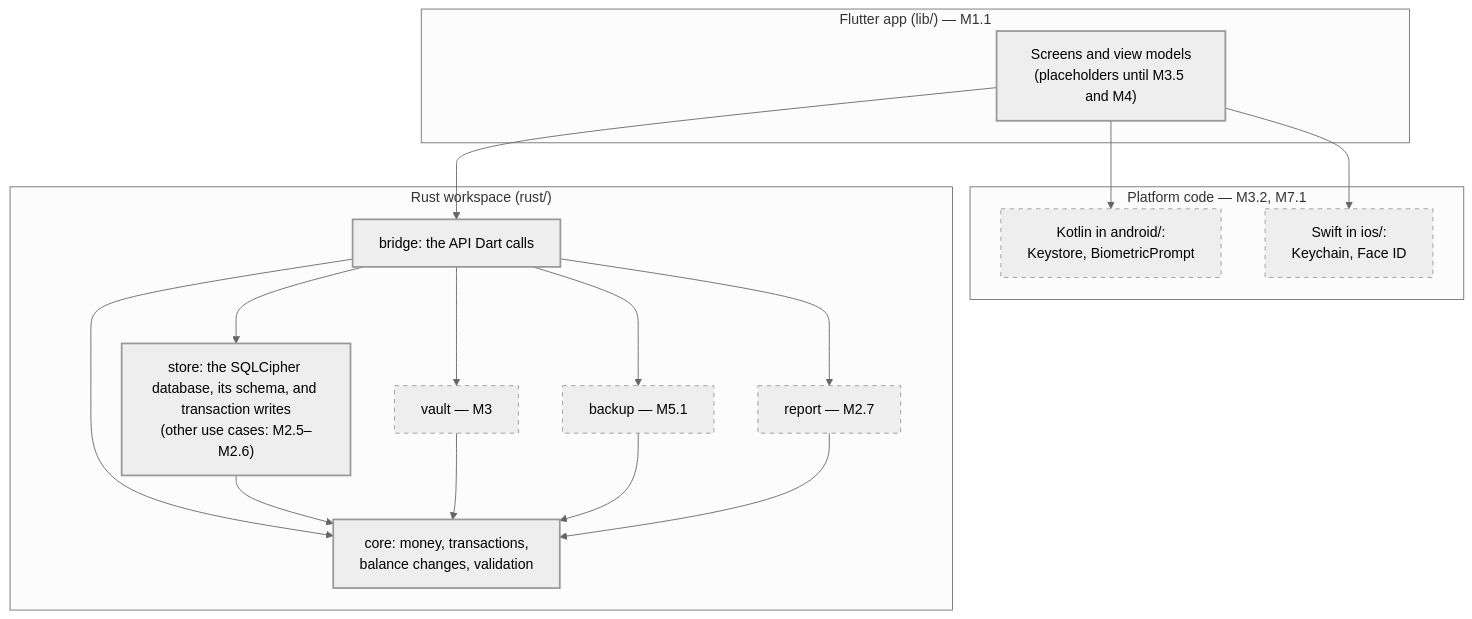
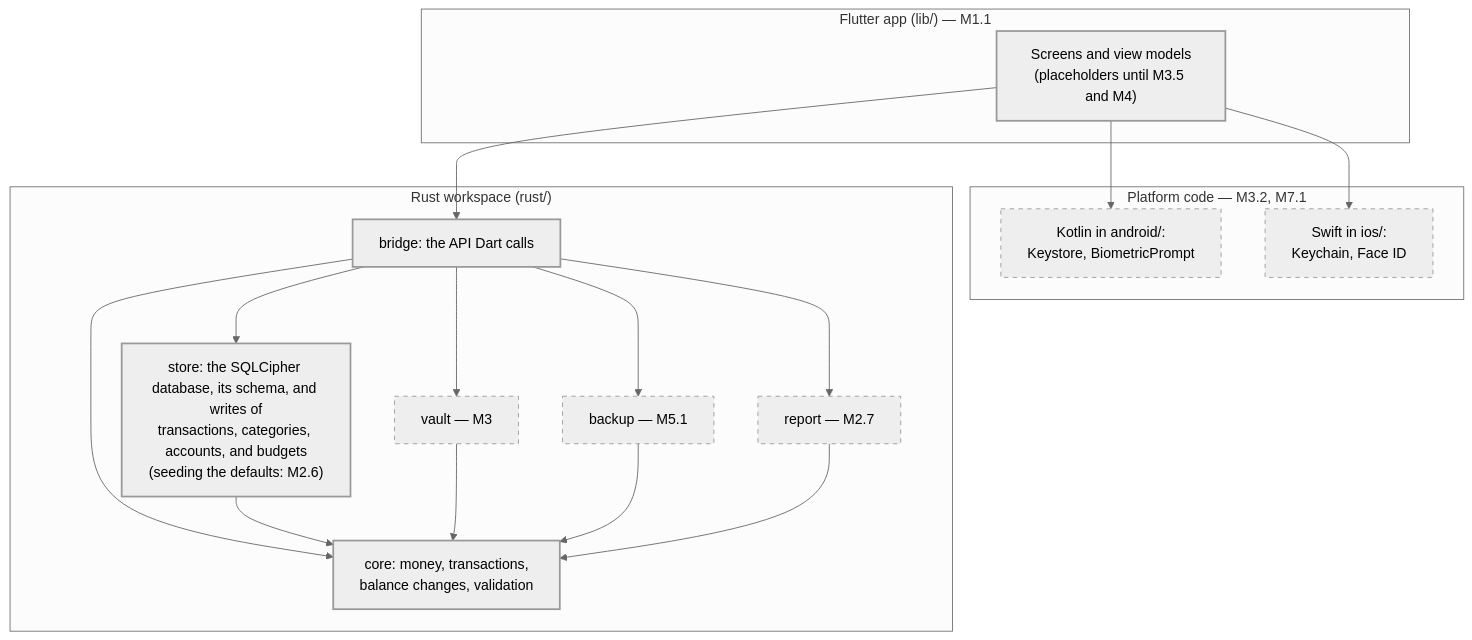
One commit to jabbott-iii/DenariiDolor changed the diagram in docs/01-architecture.md. Above: the diagram before and after it, drawn with Mermaid (neutral theme). The commit also changed other lines of this file and 15 other files, not shown here.

````diff
--- a/docs/01-architecture.md
+++ b/docs/01-architecture.md
@@ -30,35 +30,35 @@
 ```mermaid
 flowchart TB
     subgraph Dart["Flutter app (lib/) — M1.1"]
         UI["Screens and view models<br/>(placeholders until M3.5 and M4)"]
     end
     subgraph Native["Platform code — M3.2, M7.1"]
         KT["Kotlin in android/:<br/>Keystore, BiometricPrompt"]
         SW["Swift in ios/:<br/>Keychain, Face ID"]
     end
     subgraph Rust["Rust workspace (rust/)"]
         BR["bridge: the API Dart calls"]
-        ST["store: the SQLCipher database, its schema, and transaction writes<br/>(other use cases: M2.5–M2.6)"]
+        ST["store: the SQLCipher database, its schema, and writes of<br/>transactions, categories, accounts, and budgets<br/>(seeding the defaults: M2.6)"]
         VA["vault — M3"]
         BK["backup — M5.1"]
         RP["report — M2.7"]
         CO["core: money, transactions,<br/>balance changes, validation"]
     end
     UI --> BR
     UI --> KT
     UI --> SW
     BR --> ST
     BR --> VA
     BR --> BK
     BR --> RP
     BR --> CO
     ST --> CO
     VA --> CO
     BK --> CO
     RP --> CO
 
     classDef built stroke-width:2px
     classDef planned stroke-dasharray: 5 5
     class CO,UI,BR,ST built
     class KT,SW,VA,BK,RP planned
 ```
````
